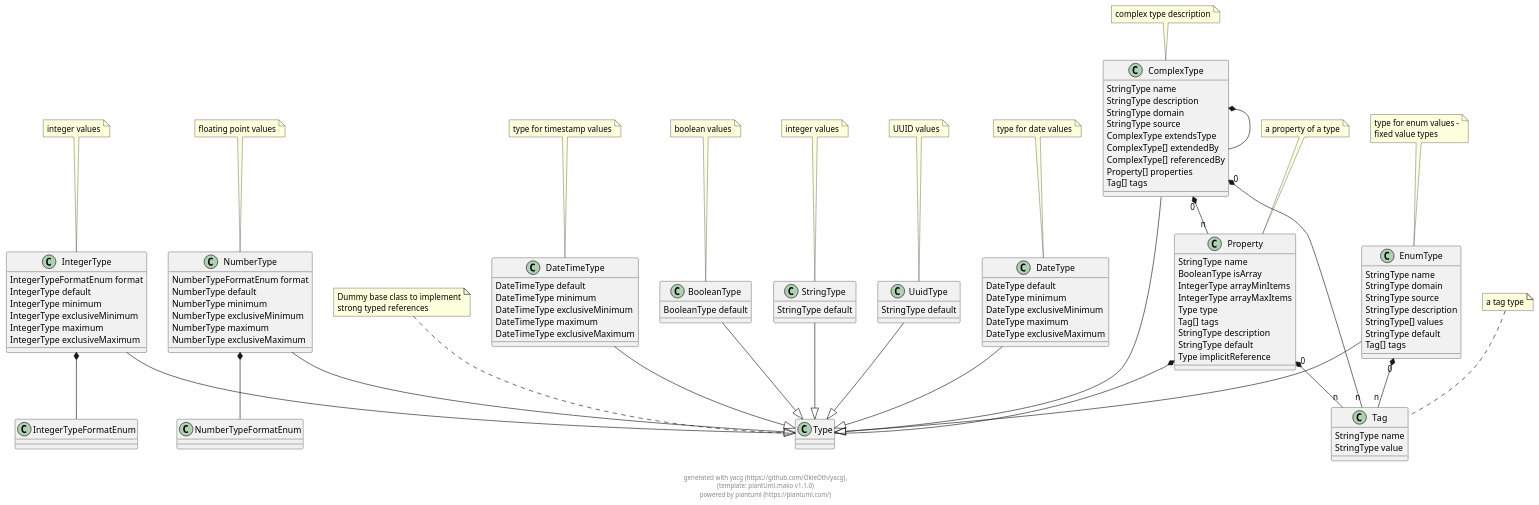
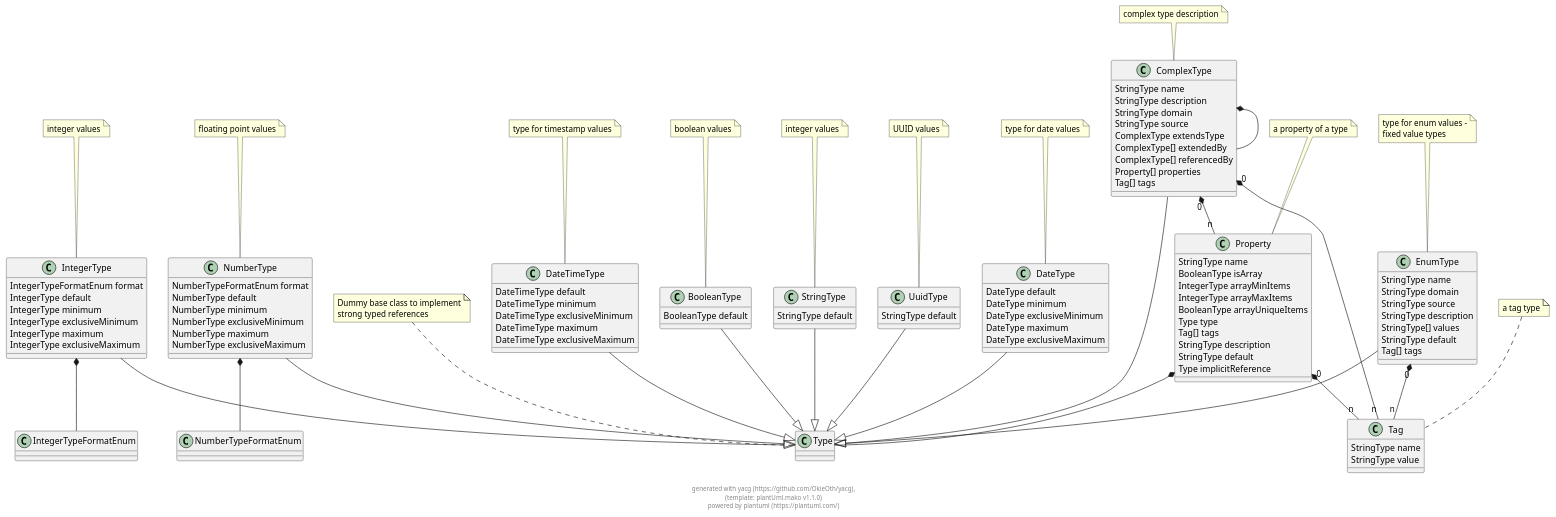
Before and after one commit to OkieOth/yacg: the diagram in docs/puml/yacg_model.puml, drawn with PlantUML. The commit also changed 5 other files, not shown here.

Commit message:
add uniqueItems, ran codeGen and add implementation

```diff
--- a/docs/puml/yacg_model.puml
+++ b/docs/puml/yacg_model.puml
@@ -2,165 +2,166 @@
 @startuml
 
 class Type {
 }
  
 note top: Dummy base class to implement\nstrong typed references
 
 class IntegerType {
     IntegerTypeFormatEnum format 
     IntegerType default 
     IntegerType minimum 
     IntegerType exclusiveMinimum 
     IntegerType maximum 
     IntegerType exclusiveMaximum 
 }
  
 note top: integer values
 
 IntegerType --|> Type
 class IntegerTypeFormatEnum {
 }
  
 
 class NumberType {
     NumberTypeFormatEnum format 
     NumberType default 
     NumberType minimum 
     NumberType exclusiveMinimum 
     NumberType maximum 
     NumberType exclusiveMaximum 
 }
  
 note top: floating point values
 
 NumberType --|> Type
 class NumberTypeFormatEnum {
 }
  
 
 class BooleanType {
     BooleanType default 
 }
  
 note top: boolean values
 
 BooleanType --|> Type
 class StringType {
     StringType default 
 }
  
 note top: integer values
 
 StringType --|> Type
 class UuidType {
     StringType default 
 }
  
 note top: UUID values
 
 UuidType --|> Type
 class EnumType {
     StringType name 
     StringType domain 
     StringType source 
     StringType description 
     StringType[] values 
     StringType default 
     Tag[] tags 
 }
  
 note top: type for enum values -\nfixed value types
 
 EnumType --|> Type
 class Tag {
     StringType name 
     StringType value 
 }
  
 note top: a tag type
 
 class DateType {
     DateType default 
     DateType minimum 
     DateType exclusiveMinimum 
     DateType maximum 
     DateType exclusiveMaximum 
 }
  
 note top: type for date values
 
 DateType --|> Type
 class DateTimeType {
     DateTimeType default 
     DateTimeType minimum 
     DateTimeType exclusiveMinimum 
     DateTimeType maximum 
     DateTimeType exclusiveMaximum 
 }
  
 note top: type for timestamp values
 
 DateTimeType --|> Type
 class ComplexType {
     StringType name 
     StringType description 
     StringType domain 
     StringType source 
     ComplexType extendsType 
     ComplexType[] extendedBy 
     ComplexType[] referencedBy 
     Property[] properties 
     Tag[] tags 
 }
  
 note top: complex type description
 
 ComplexType --|> Type
 class Property {
     StringType name 
     BooleanType isArray 
     IntegerType arrayMinItems 
     IntegerType arrayMaxItems 
+    BooleanType arrayUniqueItems 
     Type type 
     Tag[] tags 
     StringType description 
     StringType default 
     Type implicitReference 
 }
  
 note top: a property of a type
 
 
     
     
 IntegerType  *--  IntegerTypeFormatEnum        
             
     
     
 NumberType  *--  NumberTypeFormatEnum        
             
     
     
     
     
     
 EnumType "0" *-- "n" Tag        
             
     
     
     
     
 ComplexType  *--  ComplexType        
             
 ComplexType "0" *-- "n" Property        
             
 ComplexType "0" *-- "n" Tag        
             
     
 Property  *--  Type        
             
 Property "0" *-- "n" Tag        
             
 
 footer \ngenerated with yacg (https://github.com/OkieOth/yacg),\n(template: plantUml.mako v1.1.0)\npowered by plantuml (https://plantuml.com/)
 @enduml
```
